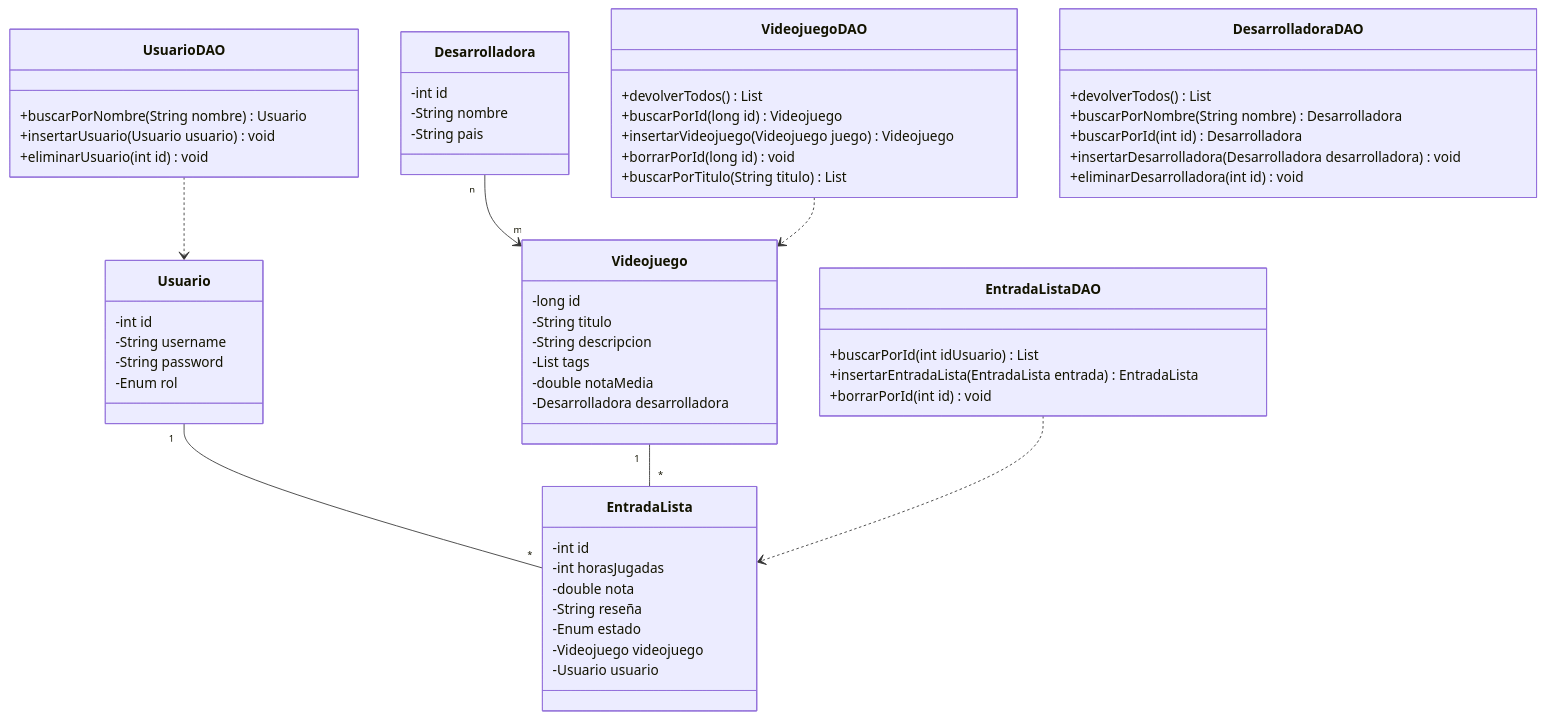
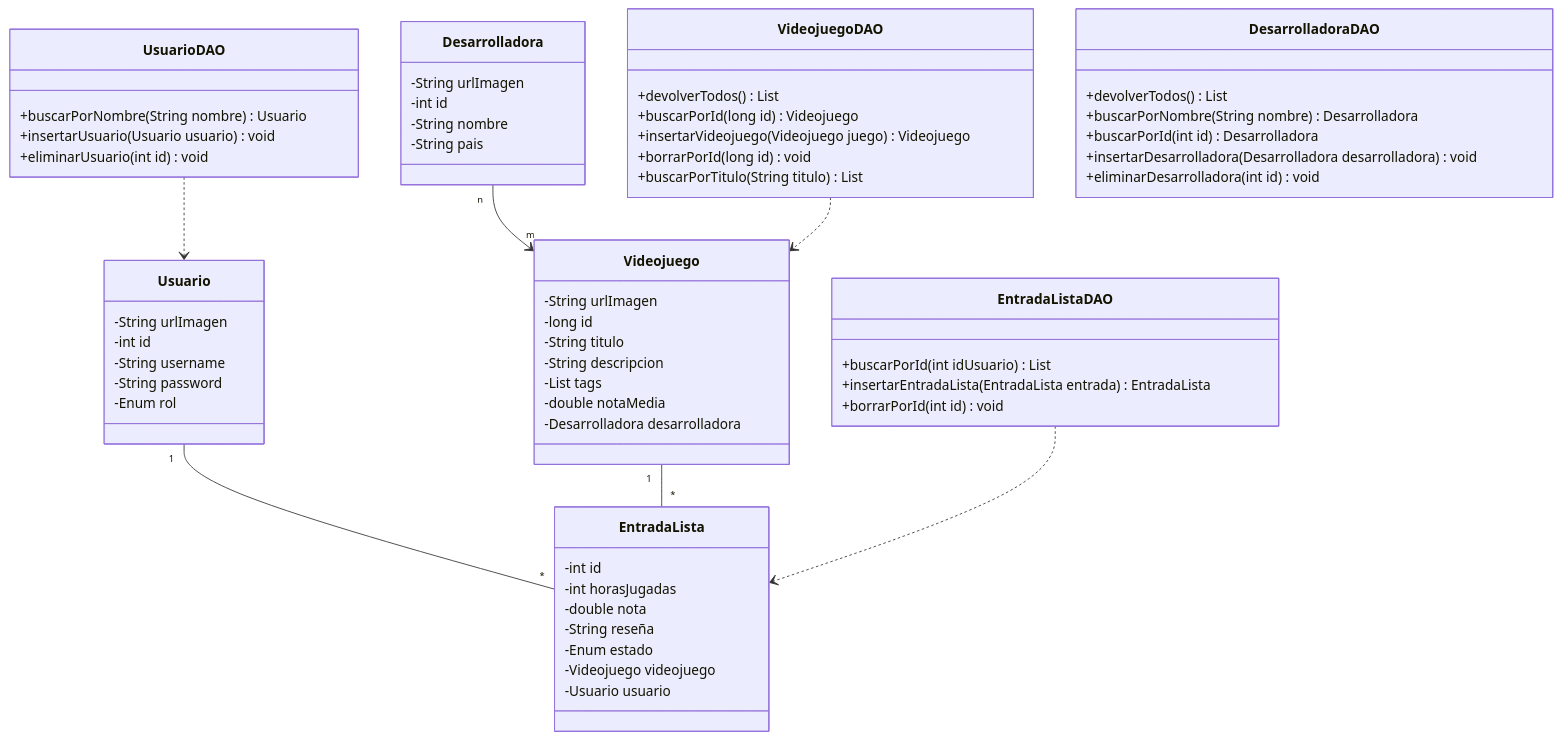
Before and after one commit to Lepipae/VideojuegosApi: the diagram in mermaid/diagramaDeClases.md, drawn with Mermaid.

Commit message:
añadir campo para las url de las imagenes

````diff
--- a/mermaid/diagramaDeClases.md
+++ b/mermaid/diagramaDeClases.md
@@ -1,76 +1,79 @@
 ```mermaid
 classDiagram
     %% Entidades (Modelos)
     class Usuario {
+        -String urlImagen
         -int id
         -String username
         -String password
         -Enum rol
     }
 
     class Videojuego {
+        -String urlImagen
         -long id
         -String titulo
         -String descripcion
         -List<String> tags
         -double notaMedia
         -Desarrolladora desarrolladora
     }
 
     class EntradaLista {
         -int id
         -int horasJugadas
         -double nota
         -String reseña
         -Enum estado
         -Videojuego videojuego
         -Usuario usuario
     }
 
     class Desarrolladora {
+        -String urlImagen
         -int id
         -String nombre
         -String pais
     }
 
     %% DAOs (Repositorios de Spring Boot)
     class VideojuegoDAO {
         +devolverTodos() List<Videojuego>
         +buscarPorId(long id) Videojuego
         +insertarVideojuego(Videojuego juego) Videojuego
         +borrarPorId(long id) void
         +buscarPorTitulo(String titulo) List<Videojuego>
     }
 
     class UsuarioDAO {
         +buscarPorNombre(String nombre) Usuario
         +insertarUsuario(Usuario usuario) void
         +eliminarUsuario(int id) void
     }
 
     class EntradaListaDAO {
         +buscarPorId(int idUsuario) List<EntradaLista>
         +insertarEntradaLista(EntradaLista entrada) EntradaLista
         +borrarPorId(int id) void
     }
 
     class DesarrolladoraDAO {
         +devolverTodos() List<Desarrolladora>
         +buscarPorNombre(String nombre) Desarrolladora
         +buscarPorId(int id) Desarrolladora
         +insertarDesarrolladora(Desarrolladora desarrolladora) void
         +eliminarDesarrolladora(int id) void
     }
 
     %% Relaciones entre Entidades
     Usuario "1" -- "*" EntradaLista
     Videojuego "1" -- "*" EntradaLista
     Desarrolladora "n" --> "m" Videojuego
 
     %% Relaciones de Dependencia (DAOs manejan Entidades)
     VideojuegoDAO ..> Videojuego
     UsuarioDAO ..> Usuario
     EntradaListaDAO ..> EntradaLista
 
 
 ```
````
